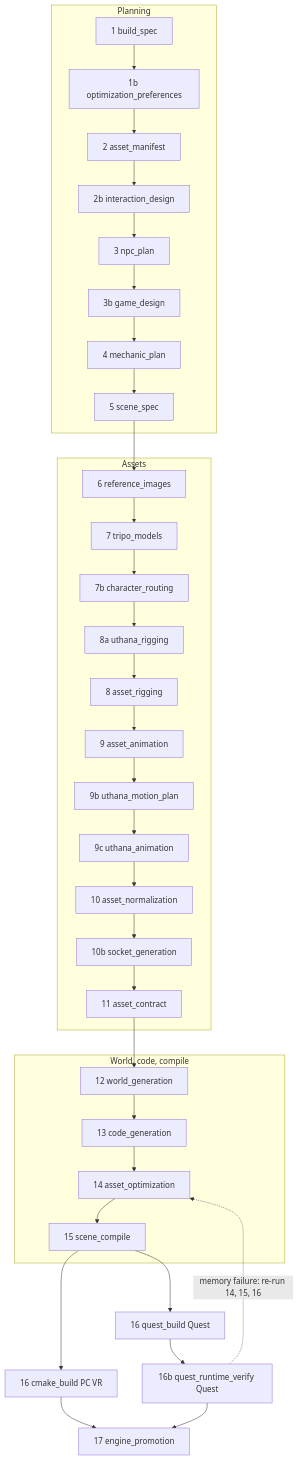
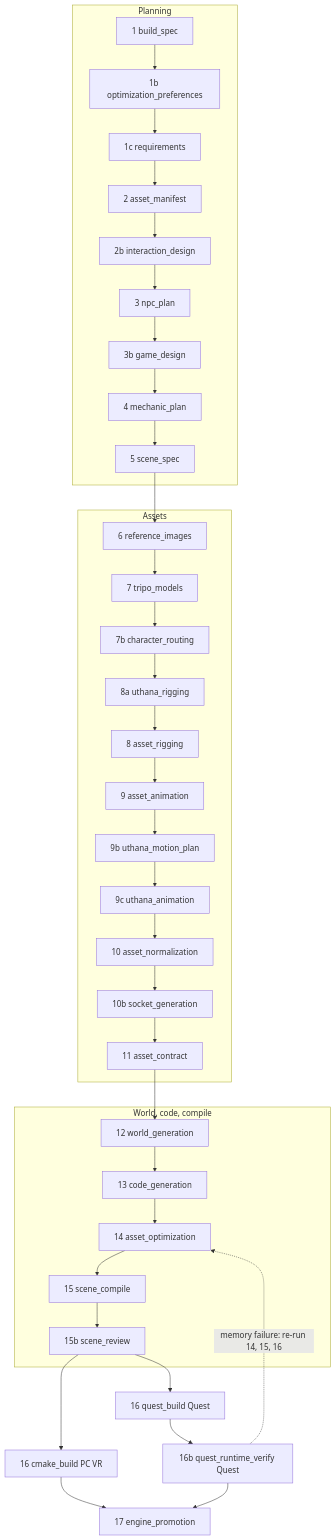
Before and after one commit to FriimanTech/Prompt-To-VR: the diagram in docs/All_Stages_Docs/README.md, drawn with Mermaid. The commit also changed other lines of this file and 144 other files, not shown here.

````diff
--- a/docs/All_Stages_Docs/README.md
+++ b/docs/All_Stages_Docs/README.md
@@ -9,24 +9,24 @@
 ```mermaid
 flowchart TD
   subgraph planning [Planning]
-    S1[1 build_spec] --> S1b[1b optimization_preferences] --> S2[2 asset_manifest]
+    S1[1 build_spec] --> S1b[1b optimization_preferences] --> S1c[1c requirements] --> S2[2 asset_manifest]
     S2 --> S2b[2b interaction_design] --> S3[3 npc_plan] --> S3b[3b game_design]
     S3b --> S4[4 mechanic_plan] --> S5[5 scene_spec]
   end
   subgraph assets [Assets]
     S5 --> S6[6 reference_images] --> S7[7 tripo_models] --> S7b[7b character_routing]
     S7b --> S8a[8a uthana_rigging] --> S8[8 asset_rigging] --> S9[9 asset_animation]
     S9 --> S9b[9b uthana_motion_plan] --> S9c[9c uthana_animation]
     S9c --> S10[10 asset_normalization] --> S10b[10b socket_generation] --> S11[11 asset_contract]
   end
   subgraph gen [World, code, compile]
     S11 --> S12[12 world_generation] --> S13[13 code_generation]
-    S13 --> S14[14 asset_optimization] --> S15[15 scene_compile]
+    S13 --> S14[14 asset_optimization] --> S15[15 scene_compile] --> S15b[15b scene_review]
   end
-  S15 --> S16pc[16 cmake_build PC VR]
-  S15 --> S16q[16 quest_build Quest]
+  S15b --> S16pc[16 cmake_build PC VR]
+  S15b --> S16q[16 quest_build Quest]
   S16q --> S16b[16b quest_runtime_verify Quest]
   S16b -. memory failure: re-run 14, 15, 16 .-> S14
   S16pc --> S17[17 engine_promotion]
   S16b --> S17
 ```
````
